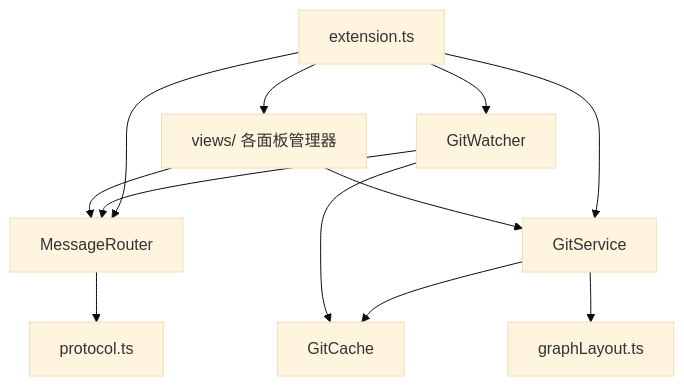
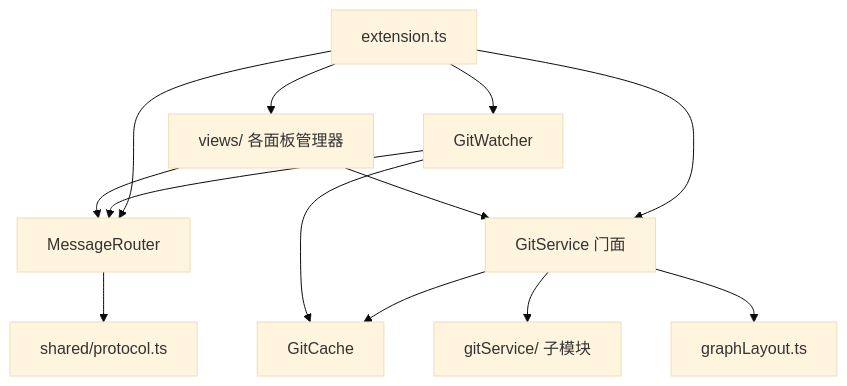
Before and after one commit to zjqtzzc/jetbrains-git-graph: the second of 3 diagrams in ARCHITECTURE.md, drawn with Mermaid (base theme). The commit also changed other lines of this file and 7 other files, not shown here.

````diff
--- a/ARCHITECTURE.md
+++ b/ARCHITECTURE.md
@@ -179,15 +102,16 @@
 ```mermaid
 graph TD
   EXT[extension.ts] --> ROUTER[MessageRouter]
-  EXT --> GIT[GitService]
+  EXT --> GIT[GitService 门面]
   EXT --> WATCH[GitWatcher]
   EXT --> VIEWS[views/ 各面板管理器]
 
-  ROUTER --> PROTO[protocol.ts]
+  ROUTER --> PROTO[shared/protocol.ts]
+  GIT --> SUB[gitService/ 子模块]
   GIT --> CACHE[GitCache]
   GIT --> LAYOUT[graphLayout.ts]
   WATCH --> CACHE
   WATCH --> ROUTER
   VIEWS --> ROUTER
   VIEWS --> GIT
 ```
````
